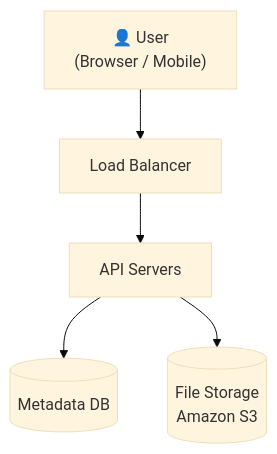
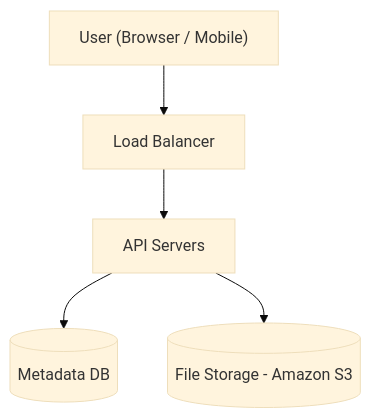
The sixth of 16 diagrams in google-drive-system-design.md (Arnavjain1703/HLD), drawn with Mermaid (base theme) before and after one commit. The commit also changed other lines of this file, not shown here.

````diff
--- a/google-drive-system-design.md
+++ b/google-drive-system-design.md
@@ -185,13 +198,13 @@
 ```mermaid
 graph TD
-    user["👤 User\n(Browser / Mobile)"]
-    lb[Load Balancer]
-    api[API Servers]
-    db[(Metadata DB)]
-    fs[(File Storage\nAmazon S3)]
+    user["User (Browser / Mobile)"]
+    lb["Load Balancer"]
+    api["API Servers"]
+    db[("Metadata DB")]
+    fs[("File Storage - Amazon S3")]
 
     user --> lb
     lb --> api
     api --> db
     api --> fs
 ```
````
